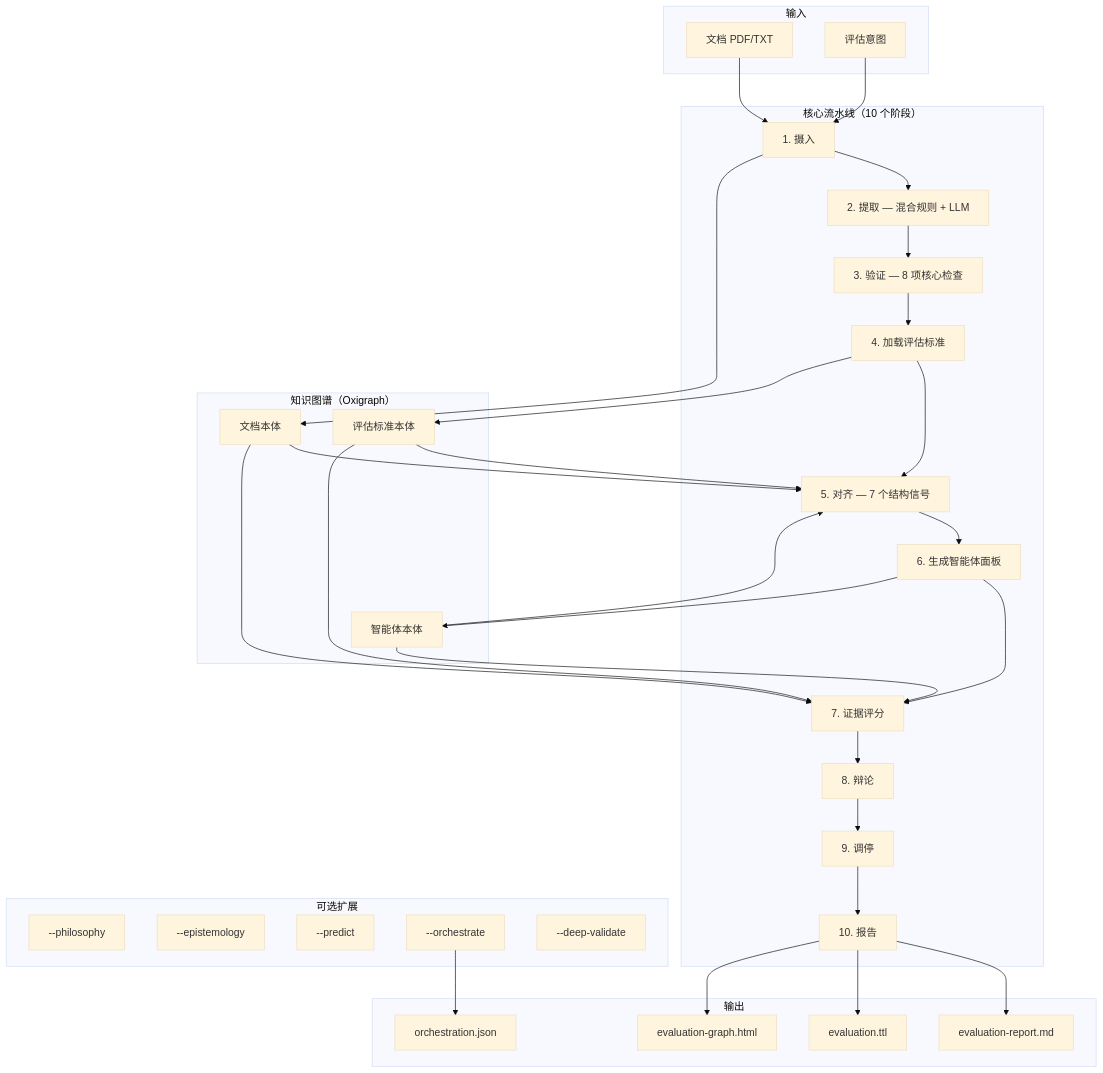
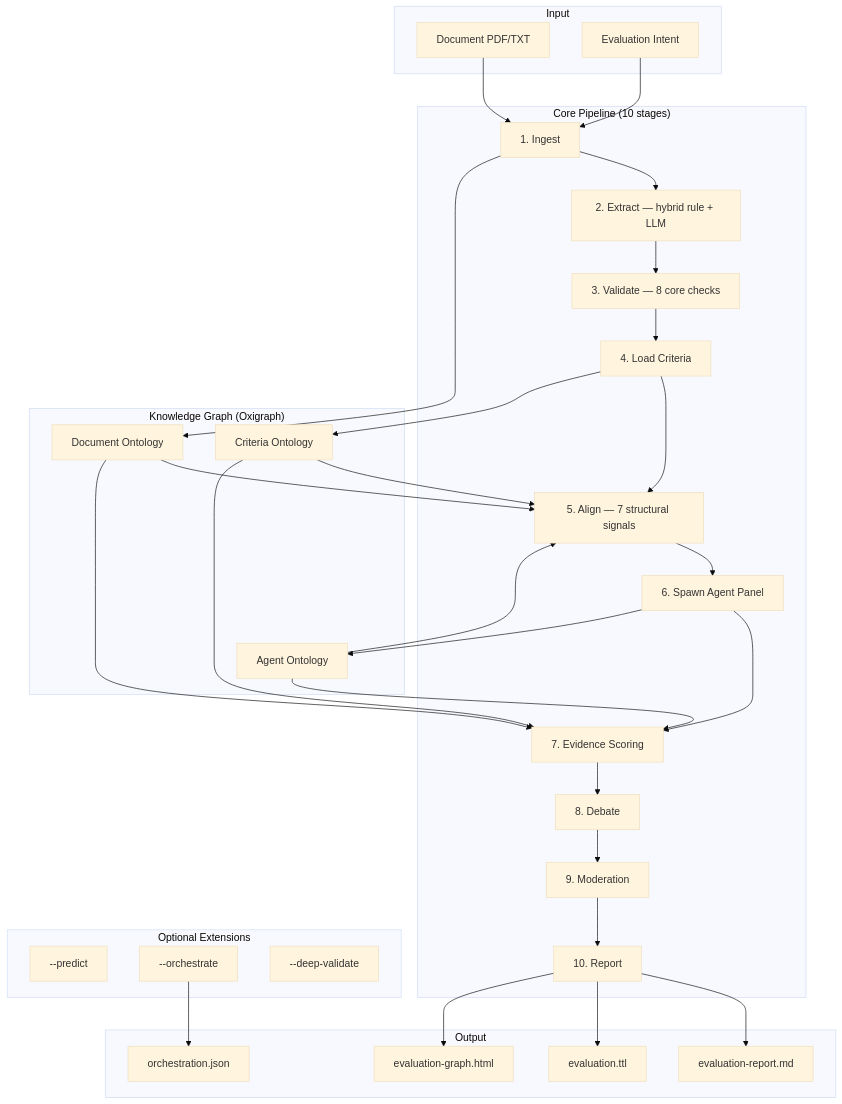
Before and after one commit to fabio-rovai/brain-in-the-fish: the first of 4 diagrams in README-CN.md, drawn with Mermaid (base theme). The commit also changed other lines of this file and 2 other files, not shown here.

````diff
--- a/README-CN.md
+++ b/README-CN.md
@@ -118,52 +179,50 @@
 ```mermaid
 graph TB
-    subgraph 输入
-        DOC[文档 PDF/TXT]
-        INT[评估意图]
+    subgraph Input
+        DOC[Document PDF/TXT]
+        INT[Evaluation Intent]
     end
 
-    subgraph "核心流水线（10 个阶段）"
-        ING[1. 摄入]
-        EXT[2. 提取 — 混合规则 + LLM]
-        VAL[3. 验证 — 8 项核心检查]
-        CRI[4. 加载评估标准]
-        ALI[5. 对齐 — 7 个结构信号]
-        SPA[6. 生成智能体面板]
-        SNN_S[7. 证据评分]
-        DEB[8. 辩论]
-        MOD[9. 调停]
-        REP[10. 报告]
+    subgraph "Core Pipeline (10 stages)"
+        ING[1. Ingest]
+        EXT[2. Extract — hybrid rule + LLM]
+        VAL[3. Validate — 8 core checks]
+        CRI[4. Load Criteria]
+        ALI[5. Align — 7 structural signals]
+        SPA[6. Spawn Agent Panel]
+        SNN[7. Evidence Scoring]
+        DEB[8. Debate]
+        MOD[9. Moderation]
+        REP[10. Report]
     end
 
-    subgraph "可选扩展"
-        PHI[--philosophy]
-        EPI[--epistemology]
+    subgraph "Optional Extensions"
         PRE[--predict]
         ORC[--orchestrate]
         DEP[--deep-validate]
     end
 
-    subgraph "知识图谱（Oxigraph）"
-        DO[文档本体]
-        CO[评估标准本体]
-        AO[智能体本体]
+    subgraph "Knowledge Graph (Oxigraph)"
+        DO[Document Ontology]
+        CO[Criteria Ontology]
+        AO[Agent Ontology]
     end
 
-    subgraph 输出
+    subgraph Output
         MD[evaluation-report.md]
         TTL[evaluation.ttl]
         HTML[evaluation-graph.html]
         JSON[orchestration.json]
     end
 
     DOC --> ING
     INT --> ING
-    ING --> EXT --> VAL --> CRI --> ALI --> SPA --> SNN_S --> DEB --> MOD --> REP
+    ING --> EXT --> VAL --> CRI --> ALI --> SPA --> SNN --> DEB --> MOD --> REP
     ING --> DO
     CRI --> CO
     SPA --> AO
     DO & CO & AO --> ALI
-    DO & CO & AO --> SNN_S
+    DO & CO & AO --> SNN
     REP --> MD & TTL & HTML
     ORC --> JSON
 ```
````
